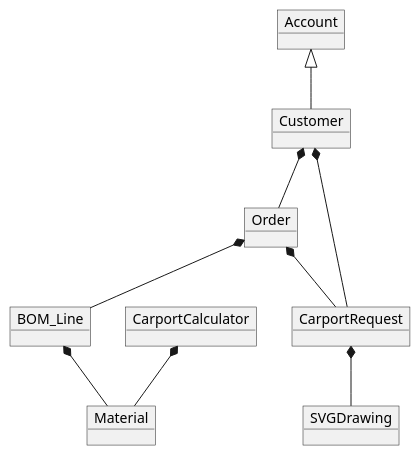
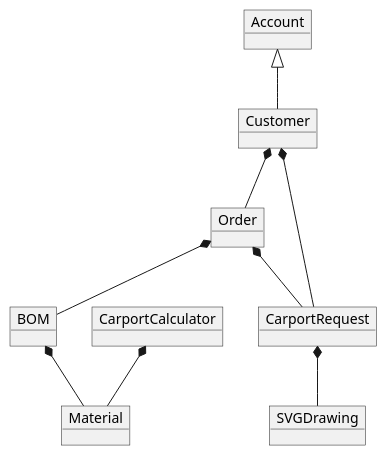
Before and after one commit to coerth/carport: the diagram in src/diagrammer/Domain-Model-New-Final.puml, drawn with PlantUML. The commit also changed 1 other file, not shown here.

Commit message:
rettelser på domænemodel, bomline -> bom

```diff
--- a/src/diagrammer/Domain-Model-New-Final.puml
+++ b/src/diagrammer/Domain-Model-New-Final.puml
@@ -1,24 +1,24 @@
 @startuml
 'https://plantuml.com/class-diagram
 
 object Account
 object Order
 object Material
-object BOM_Line
+object BOM
 object Customer
 object CarportRequest
 object CarportCalculator
 object SVGDrawing
 
 
 
 Account <|-- Customer
 Customer *-- CarportRequest
-Order *-- BOM_Line
+Order *-- BOM
 Customer *-- Order
 Order *-- CarportRequest
 CarportRequest *-- SVGDrawing
-BOM_Line *-- Material
+BOM *-- Material
 CarportCalculator *-- Material
 
 @enduml
```
